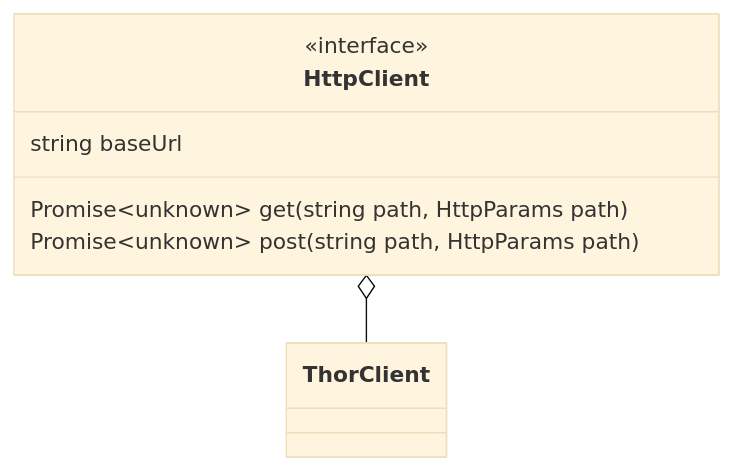
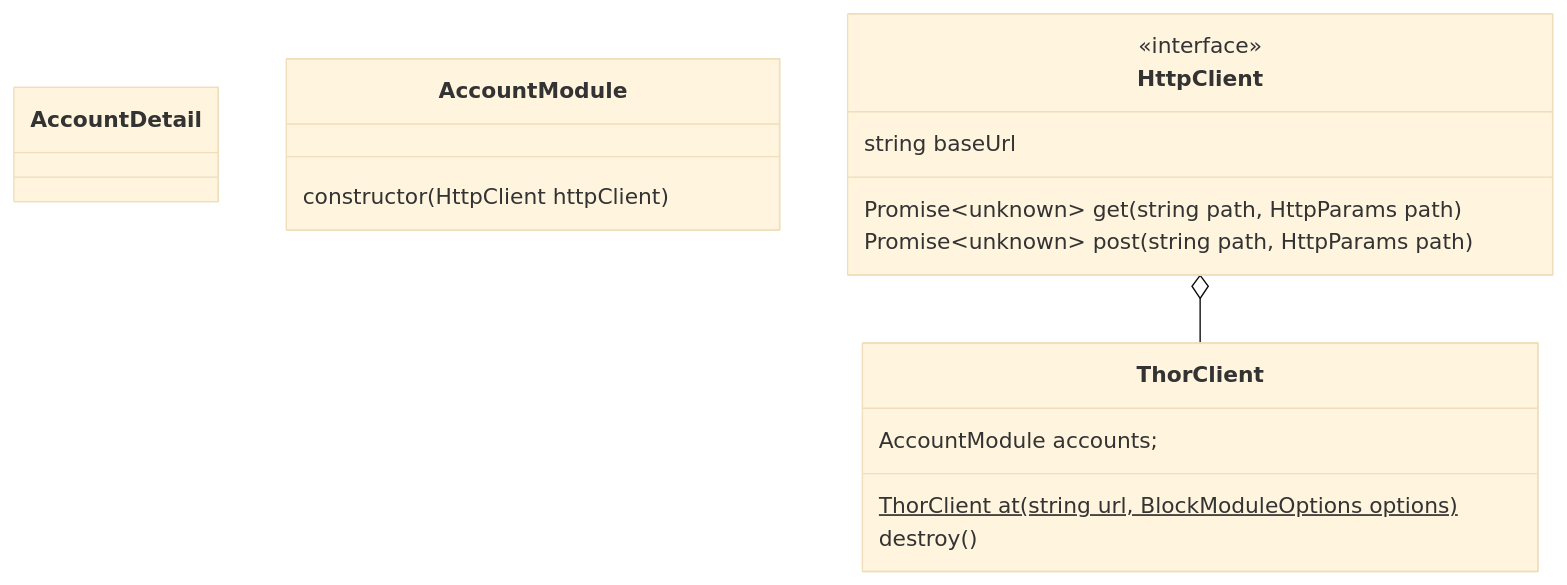
The diagram in docs/diagrams/architecture/network.md (vechain/vechain-sdk-js), drawn with Mermaid (base theme) before and after one commit. The commit also changed 138 other files, not shown here.

Commit message:
feat: 1450 account module refactoring

````diff
--- a/docs/diagrams/architecture/network.md
+++ b/docs/diagrams/architecture/network.md
@@ -1,12 +1,22 @@
 ```mermaid
 classDiagram
+    class AccountDetail {
+        
+    }
+    class AccountModule {
+        constructor(HttpClient httpClient)
+    }
     class HttpClient {
         <<interface>>
         string baseUrl
         Promise~unknown~ get(string path, HttpParams path)
         Promise~unknown~ post(string path, HttpParams path)
     }
     class ThorClient {
+        AccountModule accounts;
+        ThorClient at(string url, BlockModuleOptions options)$
+        destroy()
     }
     HttpClient o-- ThorClient
+    
 ```
````
